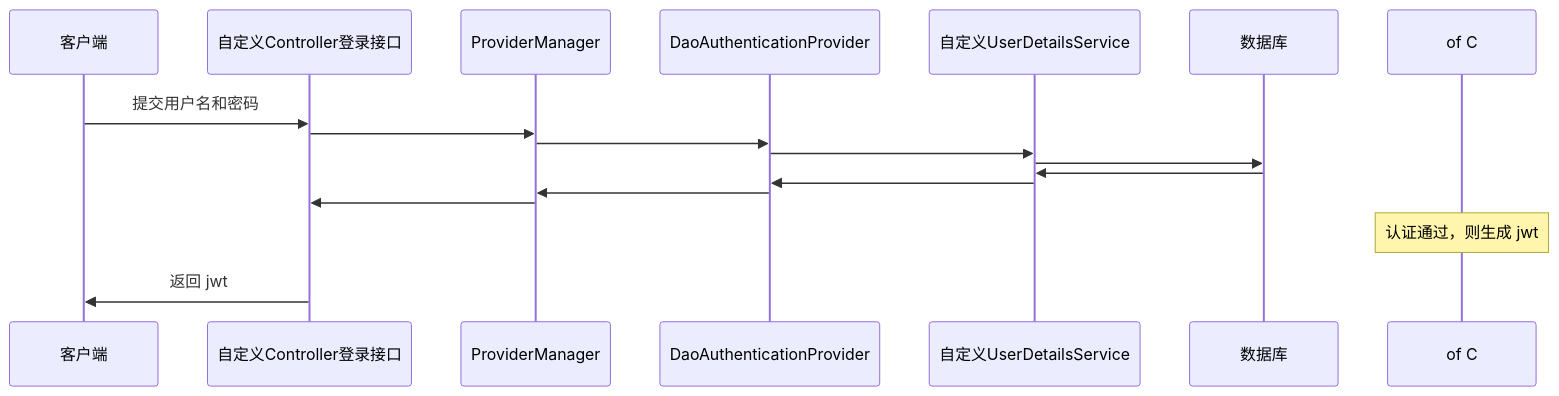
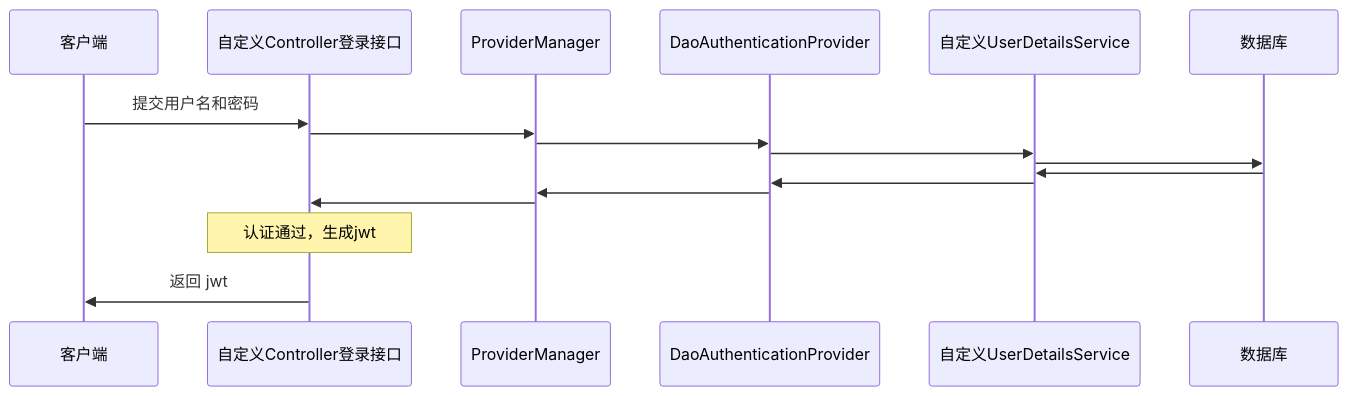
The fourth of 4 diagrams in 计算机/JavaWeb/后端/Spring Security.md (poppop9/obsidian), drawn with Mermaid before and after one commit. The commit also changed other lines of this file and 2 other files, not shown here.

````diff
--- a/计算机/JavaWeb/后端/Spring Security.md
+++ b/计算机/JavaWeb/后端/Spring Security.md
@@ -72,21 +72,21 @@
 ```mermaid
 sequenceDiagram
     participant 客户端
     participant C AS 自定义Controller登录接口
     participant P AS ProviderManager
     participant D AS DaoAuthenticationProvider
     participant U AS 自定义UserDetailsService
     participant 数据库
 
 	客户端->>C: 提交用户名和密码
 	C->>P: 
 	P->>D: 
 	D->>U: 
 	U->>数据库: 
 	数据库->>U: 
 	U->>D: 
 	D->>P: 
-    P->>C:
-    Note over of C: 认证通过，则生成 jwt
+    P->>C: 
+    Note over C: 认证通过，生成jwt
     C->>客户端: 返回 jwt
 ```
````
